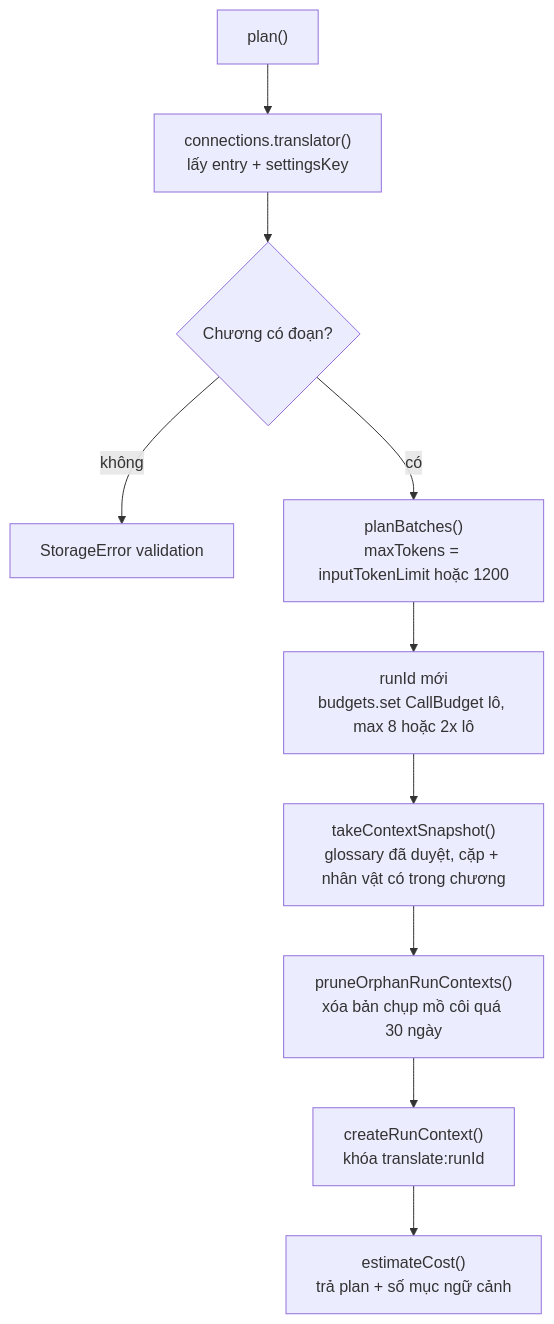
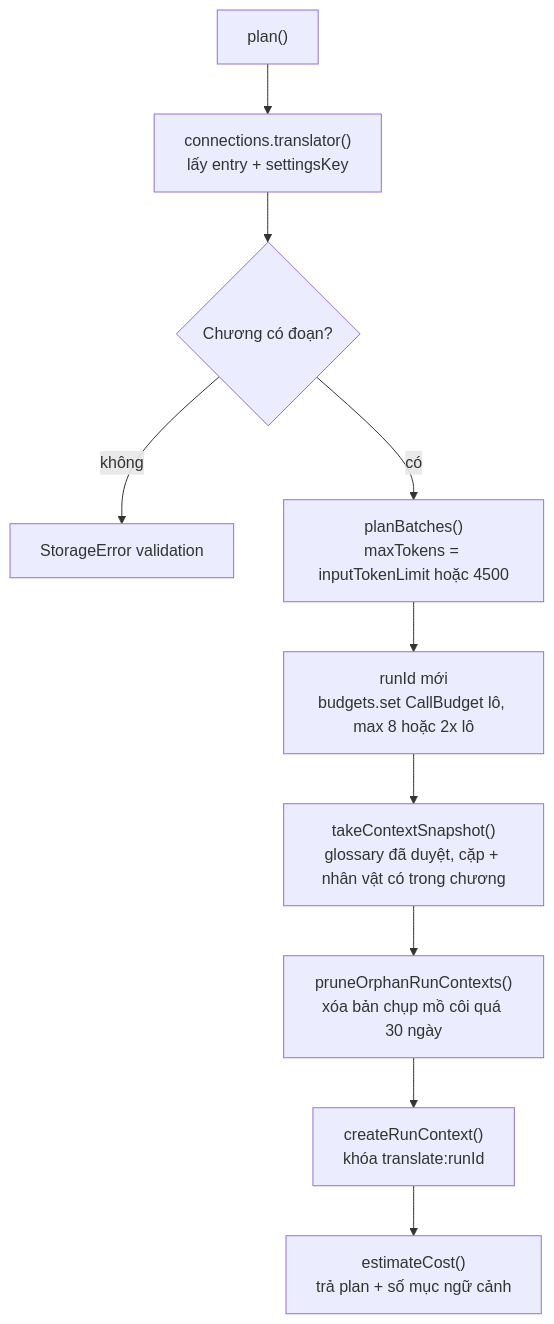
Before and after one commit to minh1904/mira-translator: the third of 12 diagrams in docs/code-tour/04-dich-chuong.md, drawn with Mermaid. The commit also changed other lines of this file and 4 other files, not shown here.

````diff
--- a/docs/code-tour/04-dich-chuong.md
+++ b/docs/code-tour/04-dich-chuong.md
@@ -169,12 +169,12 @@
 ```mermaid
 flowchart TD
   A["plan()"] --> B["connections.translator()<br/>lấy entry + settingsKey"]
   B --> C{"Chương có đoạn?"}
   C -->|"không"| X["StorageError validation"]
-  C -->|"có"| D["planBatches()<br/>maxTokens = inputTokenLimit hoặc 1200"]
+  C -->|"có"| D["planBatches()<br/>maxTokens = inputTokenLimit hoặc 4500"]
   D --> E["runId mới<br/>budgets.set CallBudget lô, max 8 hoặc 2x lô"]
   E --> F["takeContextSnapshot()<br/>glossary đã duyệt, cặp + nhân vật có trong chương"]
   F --> G["pruneOrphanRunContexts()<br/>xóa bản chụp mồ côi quá 30 ngày"]
   G --> H["createRunContext()<br/>khóa translate:runId"]
   H --> I["estimateCost()<br/>trả plan + số mục ngữ cảnh"]
 ```
````
